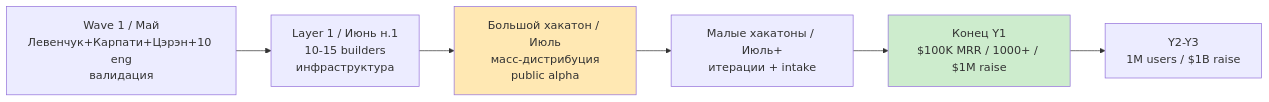
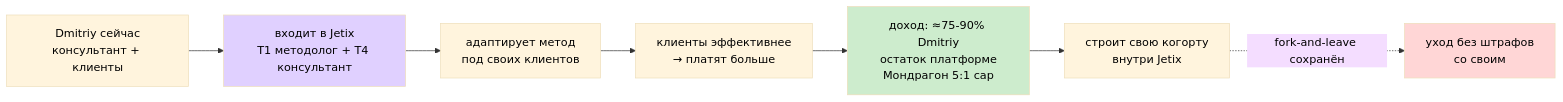
The third of 5 diagrams in decisions/strategic/CALL-PLAN-DMITRIY-KAISER-2026-05-25.md (Bogersebekov/jetix-os), drawn with Mermaid before and after one commit. The commit also changed other lines of this file, not shown here.

Commit message:
[call-plan] Dmitriy Kaiser 25.05 — rewrite per actual prompt (6 тезисов + 1h structure + R12 sweep + 5 mermaid)

````diff
--- a/decisions/strategic/CALL-PLAN-DMITRIY-KAISER-2026-05-25.md
+++ b/decisions/strategic/CALL-PLAN-DMITRIY-KAISER-2026-05-25.md
@@ -171,10 +201,13 @@
 ```mermaid
+%%{init: {'theme':'base', 'themeVariables': {'primaryTextColor':'#000','textColor':'#000','lineColor':'#333'}}}%%
 graph LR
-    W1["Wave 1 / Май<br/>Левенчук+Карпати+Цэрэн+10 eng<br/>валидация"] --> L1["Layer 1 / Июнь н.1<br/>10-15 builders<br/>инфраструктура"]
-    L1 --> HK["Большой хакатон / Июль<br/>масс-дистрибуция<br/>public alpha"]
-    HK --> SM["Малые хакатоны / Июль+<br/>итерации + intake"]
-    SM --> Y1["Конец Y1<br/>$100K MRR / 1000+ / $1M raise"]
-    Y1 --> Y23["Y2-Y3<br/>1M users / $1B raise"]
-    style HK fill:#ffe8b3
-    style Y1 fill:#cdeccd
+    D0["Dmitriy сейчас<br/>консультант + клиенты"] --> J["входит в Jetix<br/>T1 методолог + T4 консультант"]
+    J --> AD["адаптирует метод<br/>под своих клиентов"]
+    AD --> PAY["клиенты эффективнее<br/>→ платят больше"]
+    PAY --> RS["доход: ≈75-90% Dmitriy<br/>остаток платформе<br/>Мондрагон 5:1 cap"]
+    RS --> COH["строит свою когорту<br/>внутри Jetix"]
+    COH -.->|fork-and-leave сохранён| EXIT["уход без штрафов<br/>со своим"]
+    style J fill:#e0d0ff,color:#000
+    style RS fill:#cdeccd,color:#000
+    style EXIT fill:#ffd6d6,color:#000
 ```
````
